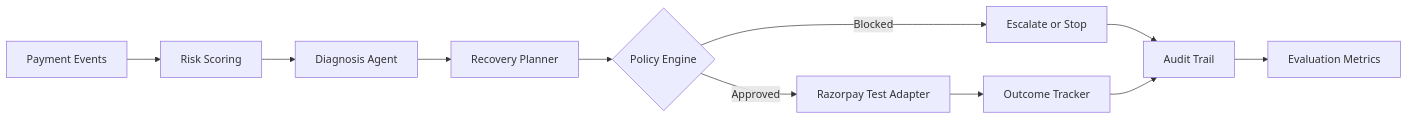
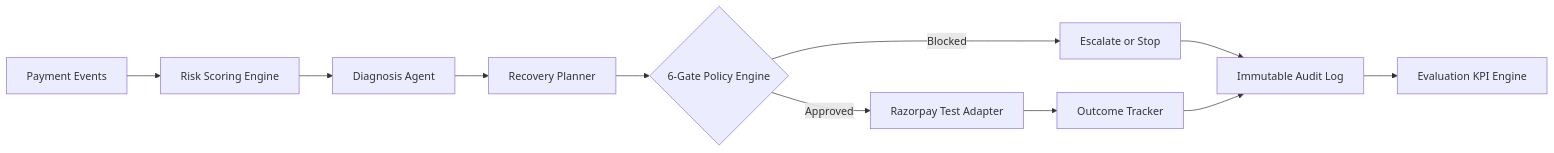
One commit to bunnysunny24/revive-ai changed the diagram in docs/architecture.md. Above: the diagram before and after it, drawn with Mermaid. The commit also changed other lines of this file and 17 other files, not shown here.

````diff
--- a/docs/architecture.md
+++ b/docs/architecture.md
@@ -16,13 +16,13 @@
 ```mermaid
 flowchart LR
-    A[Payment Events] --> B[Risk Scoring]
+    A[Payment Events] --> B[Risk Scoring Engine]
     B --> C[Diagnosis Agent]
     C --> D[Recovery Planner]
-    D --> E{Policy Engine}
+    D --> E{6-Gate Policy Engine}
     E -- Approved --> F[Razorpay Test Adapter]
     E -- Blocked --> G[Escalate or Stop]
     F --> H[Outcome Tracker]
-    G --> I[Audit Trail]
+    G --> I[Immutable Audit Log]
     H --> I
-    I --> J[Evaluation Metrics]
+    I --> J[Evaluation KPI Engine]
 ```
````
